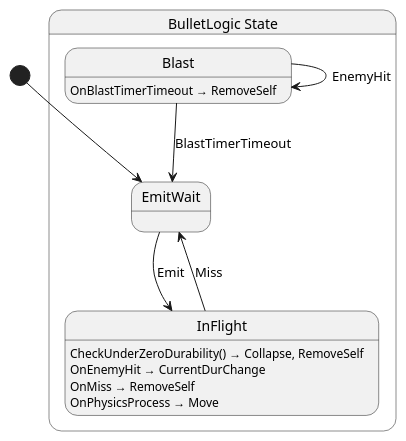
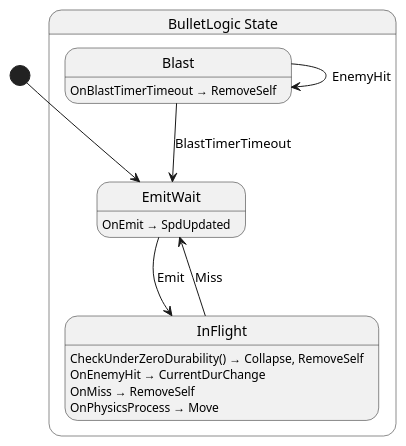
Before and after one commit to Ygoat/EternalJourney: the diagram in src/bullet/abstract/state/BulletLogic.g.puml, drawn with PlantUML. The commit also changed 9 other files, not shown here.

```diff
--- a/src/bullet/abstract/state/BulletLogic.g.puml
+++ b/src/bullet/abstract/state/BulletLogic.g.puml
@@ -1,20 +1,21 @@
 @startuml BulletLogic
 state "BulletLogic State" as EternalJourney_Bullet_Abstract_State_BulletLogic_State {
   state "EmitWait" as EternalJourney_Bullet_Abstract_State_BulletLogic_State_EmitWait
   state "InFlight" as EternalJourney_Bullet_Abstract_State_BulletLogic_State_InFlight
   state "Blast" as EternalJourney_Bullet_Abstract_State_BulletLogic_State_Blast
 }
 
 EternalJourney_Bullet_Abstract_State_BulletLogic_State_Blast --> EternalJourney_Bullet_Abstract_State_BulletLogic_State_Blast : EnemyHit
 EternalJourney_Bullet_Abstract_State_BulletLogic_State_Blast --> EternalJourney_Bullet_Abstract_State_BulletLogic_State_EmitWait : BlastTimerTimeout
 EternalJourney_Bullet_Abstract_State_BulletLogic_State_EmitWait --> EternalJourney_Bullet_Abstract_State_BulletLogic_State_InFlight : Emit
 EternalJourney_Bullet_Abstract_State_BulletLogic_State_InFlight --> EternalJourney_Bullet_Abstract_State_BulletLogic_State_EmitWait : Miss
 
 EternalJourney_Bullet_Abstract_State_BulletLogic_State_Blast : OnBlastTimerTimeout → RemoveSelf
+EternalJourney_Bullet_Abstract_State_BulletLogic_State_EmitWait : OnEmit → SpdUpdated
 EternalJourney_Bullet_Abstract_State_BulletLogic_State_InFlight : CheckUnderZeroDurability() → Collapse, RemoveSelf
 EternalJourney_Bullet_Abstract_State_BulletLogic_State_InFlight : OnEnemyHit → CurrentDurChange
 EternalJourney_Bullet_Abstract_State_BulletLogic_State_InFlight : OnMiss → RemoveSelf
 EternalJourney_Bullet_Abstract_State_BulletLogic_State_InFlight : OnPhysicsProcess → Move
 
 [*] --> EternalJourney_Bullet_Abstract_State_BulletLogic_State_EmitWait
 @enduml
```
